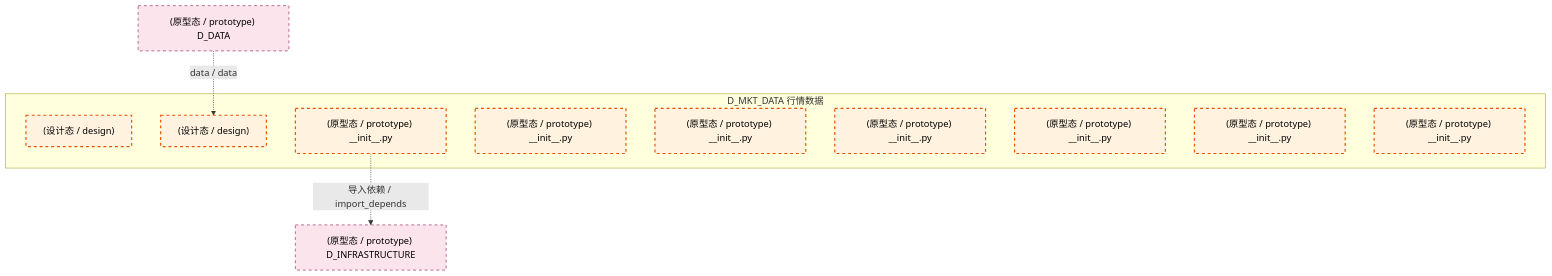
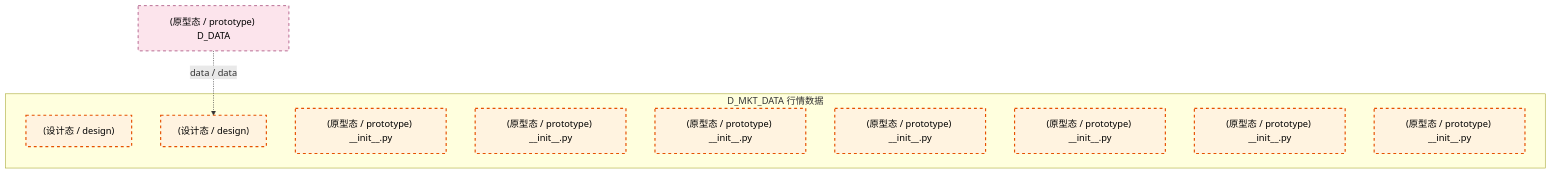
The first of 4 diagrams in docs/02_enterprise_architecture/02_domain_architecture_docs/20_d_mkt_data.md (xuanFelixVan/ZephyrAlpha), drawn with Mermaid before and after one commit. The commit also changed other lines of this file and 101 other files, not shown here.

````diff
--- a/docs/02_enterprise_architecture/02_domain_architecture_docs/20_d_mkt_data.md
+++ b/docs/02_enterprise_architecture/02_domain_architecture_docs/20_d_mkt_data.md
@@ -72,24 +72,22 @@
 ```mermaid
 graph TD
     subgraph D_MKT_DATA["D_MKT_DATA 行情数据"]
         docs_03_modules_cross_layer_database_sub_blueprints_c1_market_clickhouse_md["(设计态 / design) "]
         docs_03_modules_domain_data_data_source_operation_manual_md["(设计态 / design) "]
         src_zephyr_market_data_init_py["(原型态 / prototype) __init__.py"]
         src_zephyr_market_data_extensions_init_py["(原型态 / prototype) __init__.py"]
         src_zephyr_market_data_api_init_py["(原型态 / prototype) __init__.py"]
         src_zephyr_market_data_core_init_py["(原型态 / prototype) __init__.py"]
         src_zephyr_market_data_infrastructure_init_py["(原型态 / prototype) __init__.py"]
         src_zephyr_market_data_models_init_py["(原型态 / prototype) __init__.py"]
         src_zephyr_market_data_services_init_py["(原型态 / prototype) __init__.py"]
     end
-    D_INFRASTRUCTURE["(原型态 / prototype) D_INFRASTRUCTURE"]
-    src_zephyr_market_data_init_py -.->|导入依赖 / import_depends| D_INFRASTRUCTURE
     D_DATA["(原型态 / prototype) D_DATA"]
     D_DATA -.->|data / data| docs_03_modules_domain_data_data_source_operation_manual_md
     classDef production fill:#e1f5fe,stroke:#01579b,stroke-width:2px,color:#000
     classDef design fill:#fff3e0,stroke:#e65100,stroke-width:2px,color:#000,stroke-dasharray: 5 5
     classDef external_prod fill:#e8f5e9,stroke:#1b5e20,stroke-width:1px,color:#000
     classDef external_design fill:#fce4ec,stroke:#880e4f,stroke-width:1px,color:#000,stroke-dasharray: 5 5
     class docs_03_modules_cross_layer_database_sub_blueprints_c1_market_clickhouse_md,docs_03_modules_domain_data_data_source_operation_manual_md,src_zephyr_market_data_init_py,src_zephyr_market_data_extensions_init_py,src_zephyr_market_data_api_init_py,src_zephyr_market_data_core_init_py,src_zephyr_market_data_infrastructure_init_py,src_zephyr_market_data_models_init_py,src_zephyr_market_data_services_init_py design
-    class D_INFRASTRUCTURE,D_DATA external_design
+    class D_DATA external_design
 ```
````
